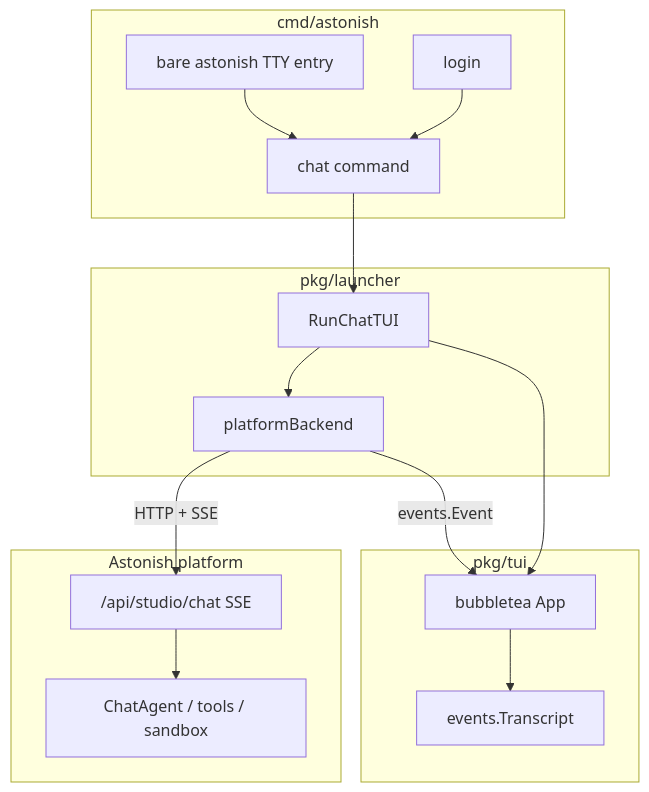
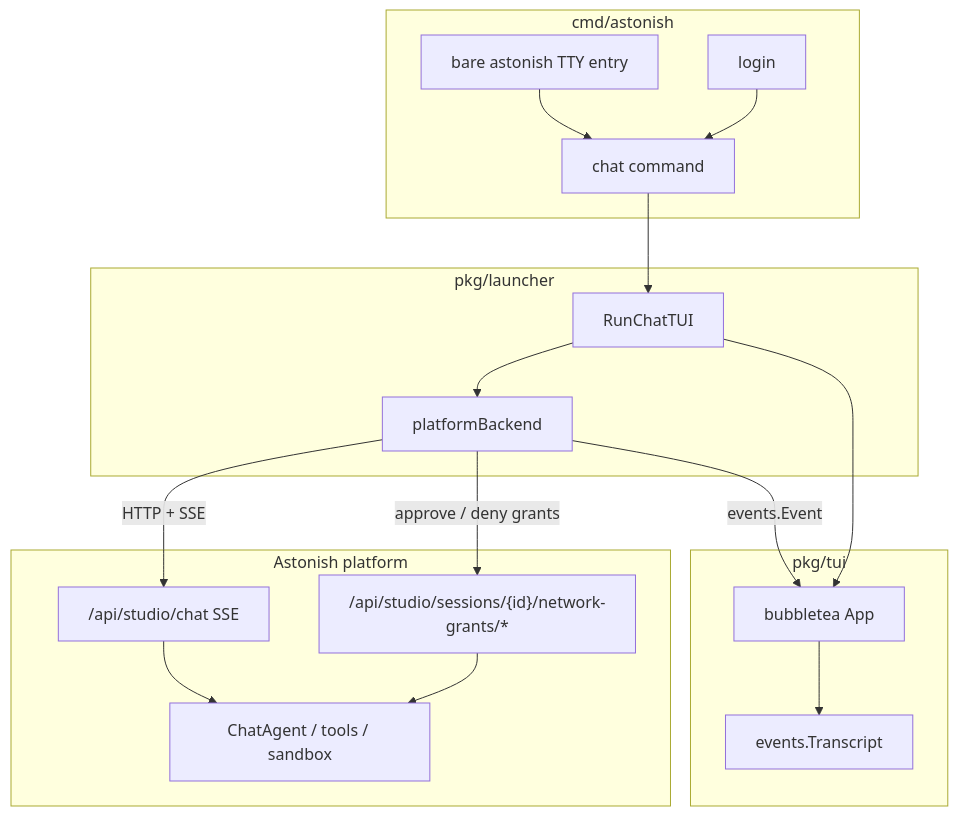
The diagram in docs/architecture/terminal-app.md (SAP/astonish), drawn with Mermaid before and after one commit. The commit also changed other lines of this file and 23 other files, not shown here.

````diff
--- a/docs/architecture/terminal-app.md
+++ b/docs/architecture/terminal-app.md
@@ -13,29 +13,32 @@
 ```mermaid
 flowchart TB
   subgraph cmd [cmd/astonish]
     bare[bare astonish TTY entry]
     chat[chat command]
     login[login]
   end
   subgraph launcher [pkg/launcher]
     RunTUI[RunChatTUI]
     PlatformBE[platformBackend]
   end
   subgraph tui [pkg/tui]
     App[bubbletea App]
     Events[events.Transcript]
   end
   subgraph platform [Astonish platform]
     API["/api/studio/chat SSE"]
+    Grants["/api/studio/sessions/{id}/network-grants/*"]
     Agent[ChatAgent / tools / sandbox]
   end
   login --> chat
   bare --> chat
   chat --> RunTUI
   RunTUI --> PlatformBE
   RunTUI --> App
   PlatformBE -->|HTTP + SSE| API
+  PlatformBE -->|approve / deny grants| Grants
   API --> Agent
+  Grants --> Agent
   PlatformBE -->|events.Event| App
   App --> Events
 ```
````
